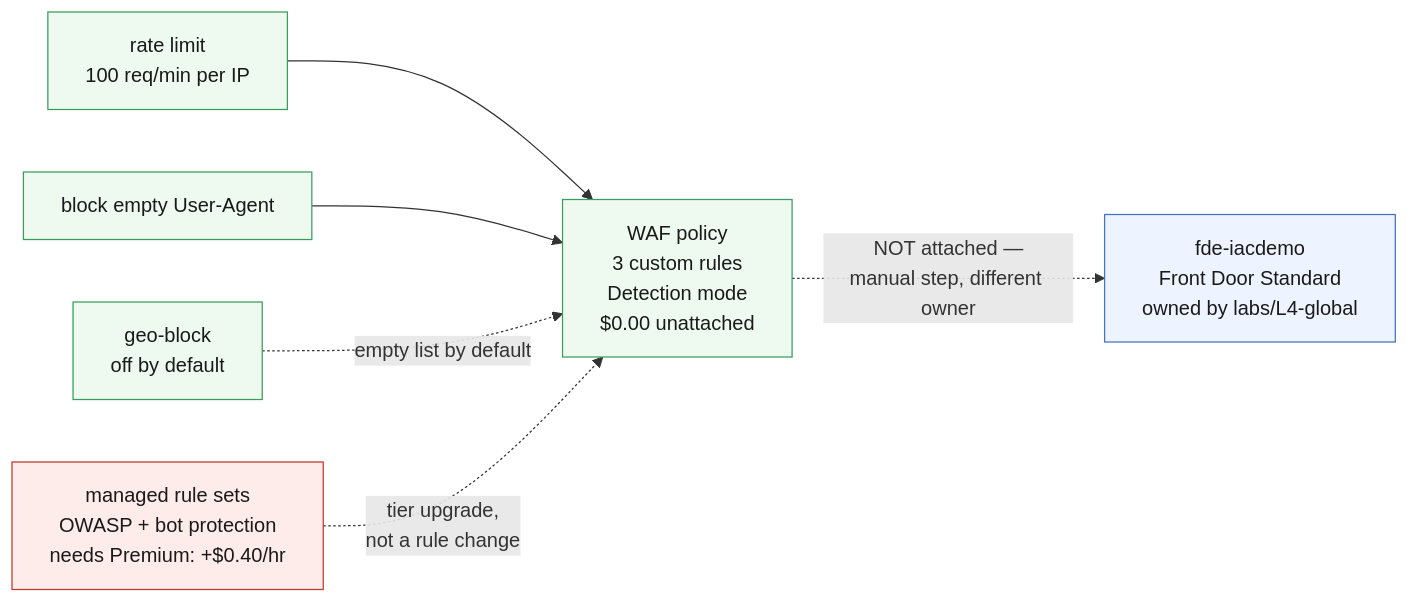
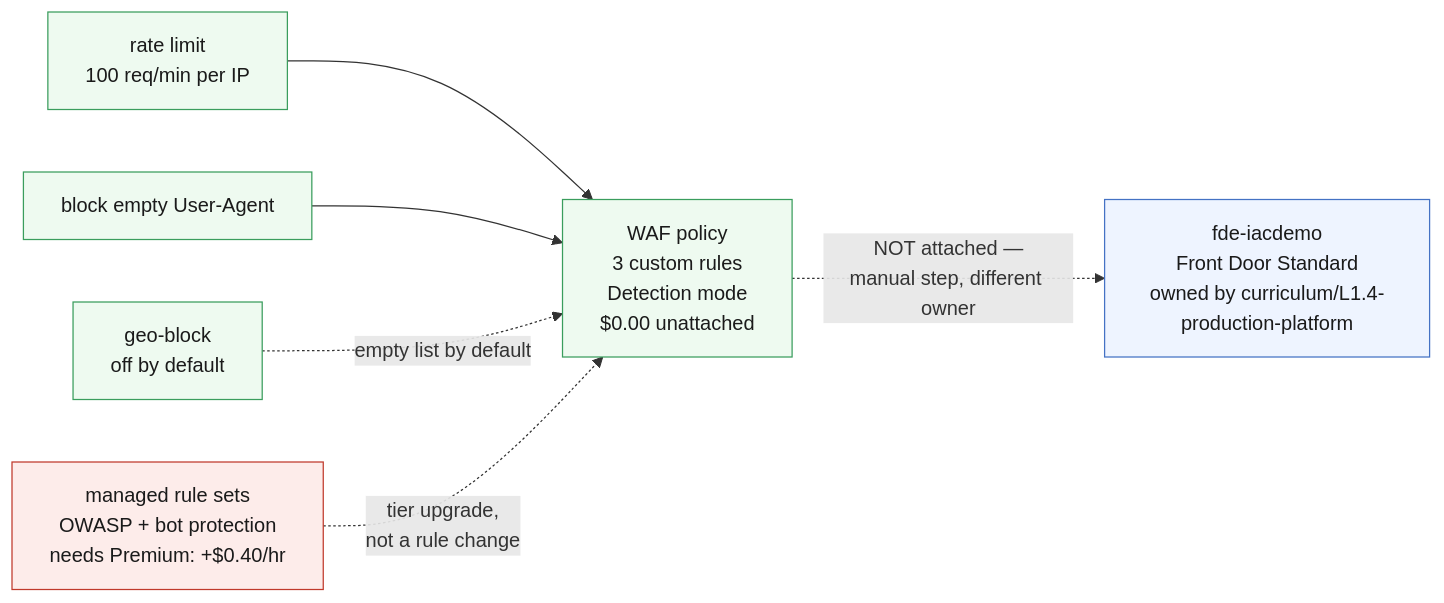
One commit to saulpatinojr/Demo-IaC_Demo_with_VSCode changed the diagram in docs/wiki/Curriculum-L3-4-Security-Architecture.md. Above: the diagram before and after it, drawn with Mermaid. The commit also changed other lines of this file and 58 other files, not shown here.

````diff
--- a/docs/wiki/Curriculum-L3-4-Security-Architecture.md
+++ b/docs/wiki/Curriculum-L3-4-Security-Architecture.md
@@ -21,22 +21,22 @@
 ```mermaid
 flowchart LR
   WAF["WAF policy<br/>3 custom rules<br/>Detection mode<br/>$0.00 unattached"]
   R1["rate limit<br/>100 req/min per IP"]
   R2["block empty User-Agent"]
   R3["geo-block<br/>off by default"]
-  FD["fde-iacdemo<br/>Front Door Standard<br/>owned by labs/L4-global"]
+  FD["fde-iacdemo<br/>Front Door Standard<br/>owned by curriculum/L1.4-production-platform"]
   PREM["managed rule sets<br/>OWASP + bot protection<br/>needs Premium: +$0.40/hr"]
 
   R1 --> WAF
   R2 --> WAF
   R3 -.->|"empty list by default"| WAF
   WAF -. "NOT attached —<br/>manual step, different owner" .-> FD
   PREM -. "tier upgrade,<br/>not a rule change" .-> WAF
 
   classDef free fill:#eefaf0,stroke:#3a9d5d,color:#1a1a1a
   classDef costly fill:#fdecea,stroke:#c0392b,color:#1a1a1a
   classDef other fill:#eef4ff,stroke:#4472c4,color:#1a1a1a
   class WAF,R1,R2,R3 free
   class PREM costly
   class FD other
 ```
````
